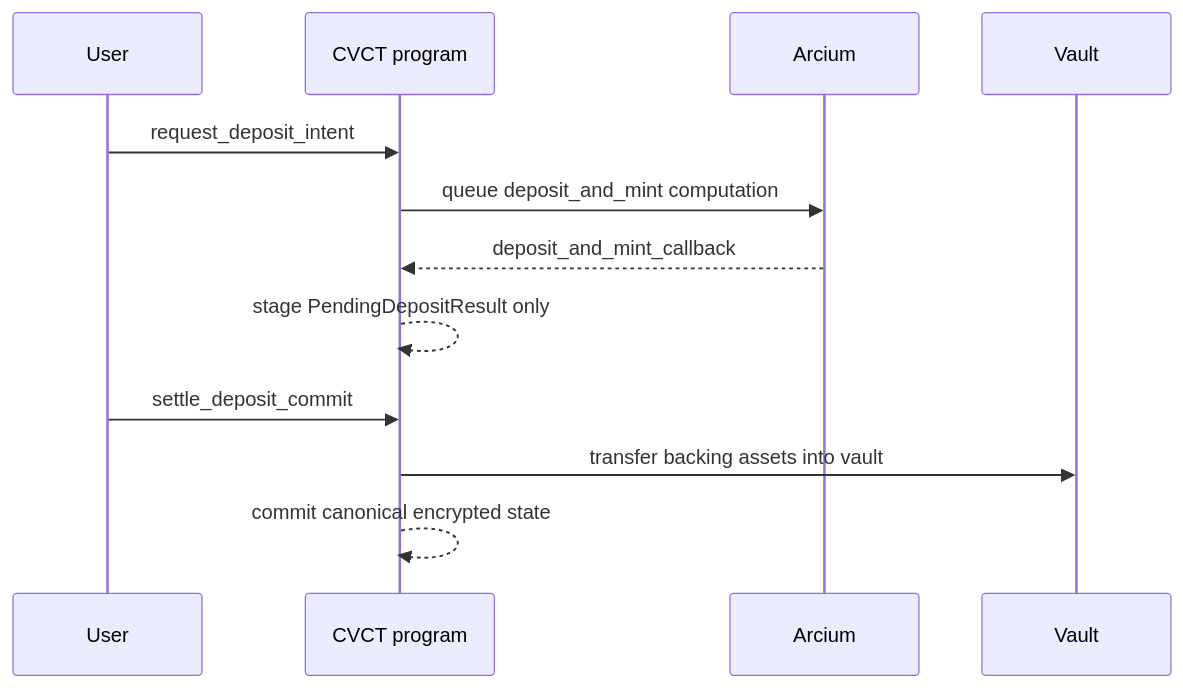
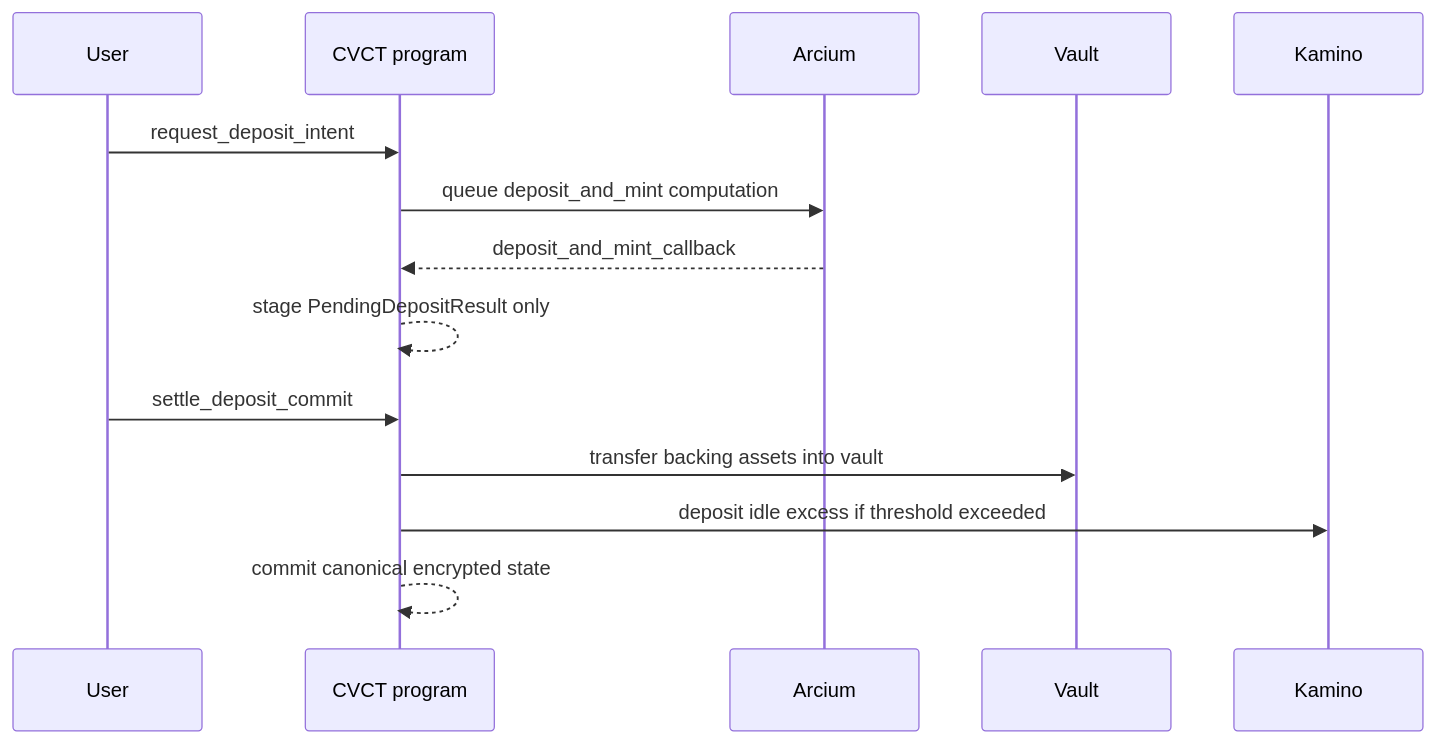
Before and after one commit to VeilPayProtocol/cvct_payroll: the second of 3 diagrams in docs/architecture.md, drawn with Mermaid. The commit also changed other lines of this file and 8 other files, not shown here.

````diff
--- a/docs/architecture.md
+++ b/docs/architecture.md
@@ -140,15 +140,17 @@
 ```mermaid
 sequenceDiagram
     participant U as User
     participant P as CVCT program
     participant A as Arcium
     participant V as Vault
+    participant K as Kamino
 
     U->>P: request_deposit_intent
     P->>A: queue deposit_and_mint computation
     A-->>P: deposit_and_mint_callback
     P-->>P: stage PendingDepositResult only
     U->>P: settle_deposit_commit
     P->>V: transfer backing assets into vault
+    P->>K: deposit idle excess if threshold exceeded
     P-->>P: commit canonical encrypted state
 ```
````
